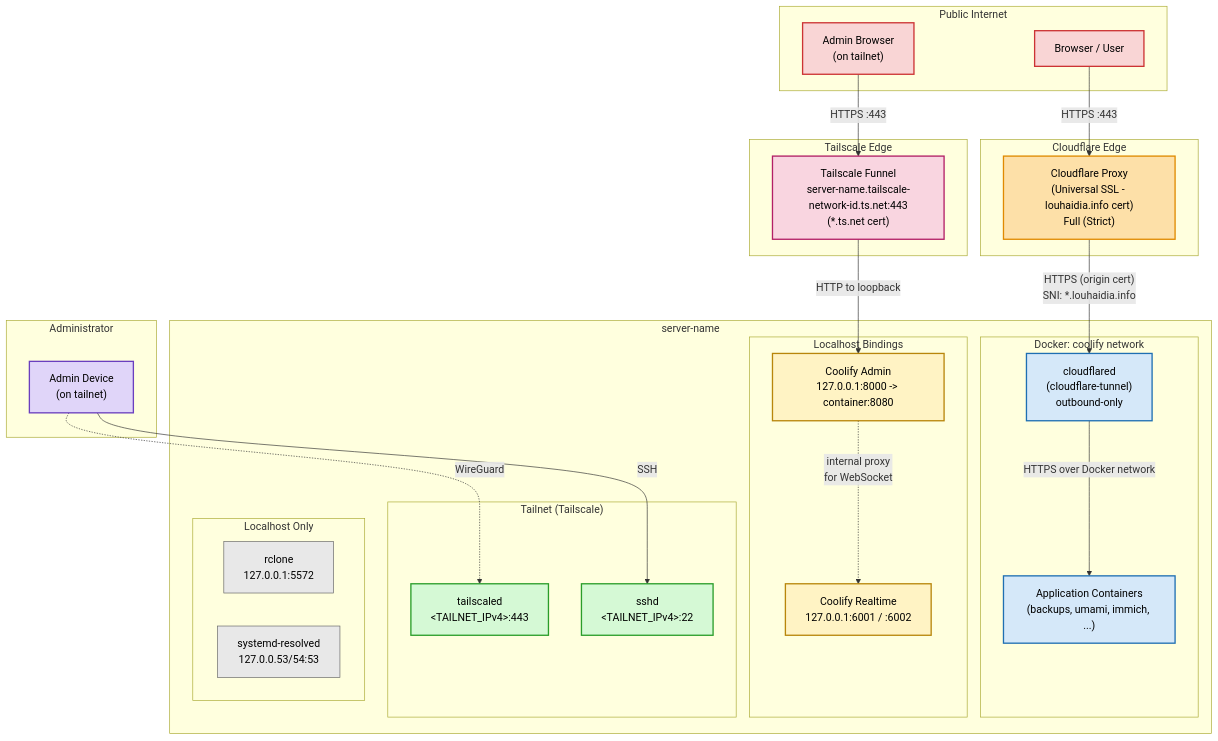
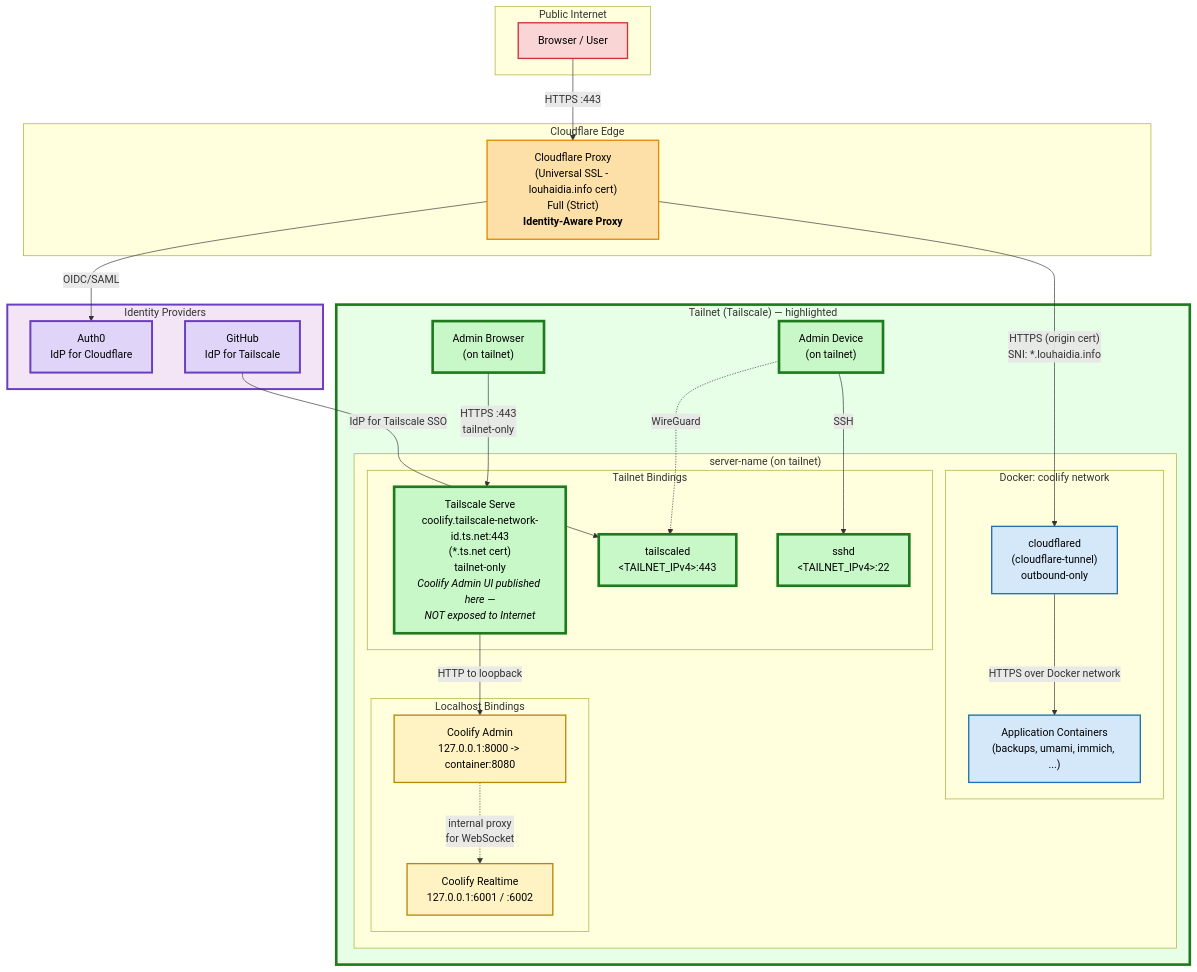
Before and after one commit to mota-lhd/blog: the first of 5 diagrams in frontend/src/content/posts/tech-blog-02.md, drawn with Mermaid. The commit also changed other lines of this file and 1 other file, not shown here.

````diff
--- a/frontend/src/content/posts/tech-blog-02.md
+++ b/frontend/src/content/posts/tech-blog-02.md
@@ -26,70 +28,69 @@
 ```mermaid
 flowchart TB
     subgraph PUBLIC["Public Internet"]
         Browser["Browser / User"]
-        AdminWeb["Admin Browser<br/>(on tailnet)"]
     end
 
     subgraph CF["Cloudflare Edge"]
-        CFEdge["Cloudflare Proxy<br/>(Universal SSL - louhaidia.info cert)<br/>Full (Strict)"]
+        CFEdge["Cloudflare Proxy<br/>(Universal SSL - louhaidia.info cert)<br/>Full (Strict)<br/><b>Identity-Aware Proxy</b>"]
     end
 
-    subgraph TSEDGE["Tailscale Edge"]
-        TSFunnel["Tailscale Funnel<br/>server-name.tailscale-network-id.ts.net:443<br/>(*.ts.net cert)"]
+    subgraph IDP["Identity Providers"]
+        Auth0["Auth0<br/>IdP for Cloudflare"]
+        GitHub["GitHub<br/>IdP for Tailscale"]
     end
 
-    subgraph HOST["server-name"]
-        subgraph TUNNEL["Docker: coolify network"]
-            CFD["cloudflared<br/>(cloudflare-tunnel)<br/>outbound-only"]
-            APPS["Application Containers<br/>(backups, umami, immich, ...)"]
-        end
+    subgraph TAILNET["Tailnet (Tailscale) — highlighted"]
+        AdminWeb["Admin Browser<br/>(on tailnet)"]
+        Admin["Admin Device<br/>(on tailnet)"]
 
-        subgraph LOOPBACK["Localhost Bindings"]
-            COOLIFY["Coolify Admin<br/>127.0.0.1:8000 -> container:8080"]
-            SOKETI["Coolify Realtime<br/>127.0.0.1:6001 / :6002"]
-        end
+        subgraph HOST["server-name (on tailnet)"]
+            subgraph TUNNEL["Docker: coolify network"]
+                CFD["cloudflared<br/>(cloudflare-tunnel)<br/>outbound-only"]
+                APPS["Application Containers<br/>(backups, umami, immich, ...)"]
+            end
 
-        subgraph TAIL["Tailnet (Tailscale)"]
-            TS["tailscaled<br/>&lt;TAILNET_IPv4&gt;:443"]
-            SSHD["sshd<br/>&lt;TAILNET_IPv4&gt;:22"]
-        end
+            subgraph LOOPBACK["Localhost Bindings"]
+                COOLIFY["Coolify Admin<br/>127.0.0.1:8000 -> container:8080"]
+                SOKETI["Coolify Realtime<br/>127.0.0.1:6001 / :6002"]
+            end
 
-        subgraph LOCAL["Localhost Only"]
-            RCLONE["rclone<br/>127.0.0.1:5572"]
-            RESOLV["systemd-resolved<br/>127.0.0.53/54:53"]
+            subgraph TAILBIND["Tailnet Bindings"]
+                TSServe["Tailscale Serve<br/>coolify.tailscale-network-id.ts.net:443<br/>(*.ts.net cert)<br/>tailnet-only<br/><i>Coolify Admin UI published here —<br/>NOT exposed to Internet</i>"]
+                TS["tailscaled<br/>&lt;TAILNET_IPv4&gt;:443"]
+                SSHD["sshd<br/>&lt;TAILNET_IPv4&gt;:22"]
+            end
         end
     end
 
-    subgraph ADMIN["Administrator"]
-        Admin["Admin Device<br/>(on tailnet)"]
-    end
-
     Browser -->|"HTTPS :443"| CFEdge
+    CFEdge -->|"OIDC/SAML"| Auth0
     CFEdge -->|"HTTPS (origin cert)<br/>SNI: *.louhaidia.info"| CFD
     CFD -->|"HTTPS over Docker network"| APPS
 
-    AdminWeb -->|"HTTPS :443"| TSFunnel
-    TSFunnel -->|"HTTP to loopback"| COOLIFY
+    AdminWeb -->|"HTTPS :443<br/>tailnet-only"| TSServe
+    TSServe -->|"HTTP to loopback"| COOLIFY
     COOLIFY -.->|"internal proxy<br/>for WebSocket"| SOKETI
 
     Admin -.->|"WireGuard"| TS
     Admin -->|"SSH"| SSHD
 
+    GitHub -->|"IdP for Tailscale SSO"| TS
+
     classDef public fill:#f9d5d5,stroke:#c33,stroke-width:2px,color:#000
     classDef cf fill:#fde0a8,stroke:#e08a00,stroke-width:2px,color:#000
-    classDef tsedge fill:#f9d5e0,stroke:#b21f66,stroke-width:2px,color:#000
+    classDef idp fill:#e0d5f9,stroke:#6a3fbf,stroke-width:3px,color:#000
+    classDef tailnet fill:#c8f7c8,stroke:#1f7a1f,stroke-width:4px,color:#000
     classDef tunnel fill:#d5e8f9,stroke:#1f6fb2,stroke-width:2px,color:#000
-    classDef tail fill:#d5f9d5,stroke:#2a9d2a,stroke-width:2px,color:#000
     classDef loop fill:#fff3c4,stroke:#b8860b,stroke-width:2px,color:#000
-    classDef local fill:#e8e8e8,stroke:#666,stroke-width:1px,color:#000
-    classDef admin fill:#e0d5f9,stroke:#6a3fbf,stroke-width:2px,color:#000
 
-    class Browser,AdminWeb public
+    class Browser public
     class CFEdge cf
-    class TSFunnel tsedge
+    class Auth0,GitHub idp
+    class AdminWeb,Admin,TSServe,TS,SSHD tailnet
     class CFD,APPS tunnel
-    class TS,SSHD tail
     class COOLIFY,SOKETI loop
-    class RCLONE,RESOLV local
-    class Admin admin
+
+    style TAILNET fill:#e6ffe6,stroke:#1f7a1f,stroke-width:4px
+    style IDP fill:#f3e5f5,stroke:#6a3fbf,stroke-width:3px
 ```
````
